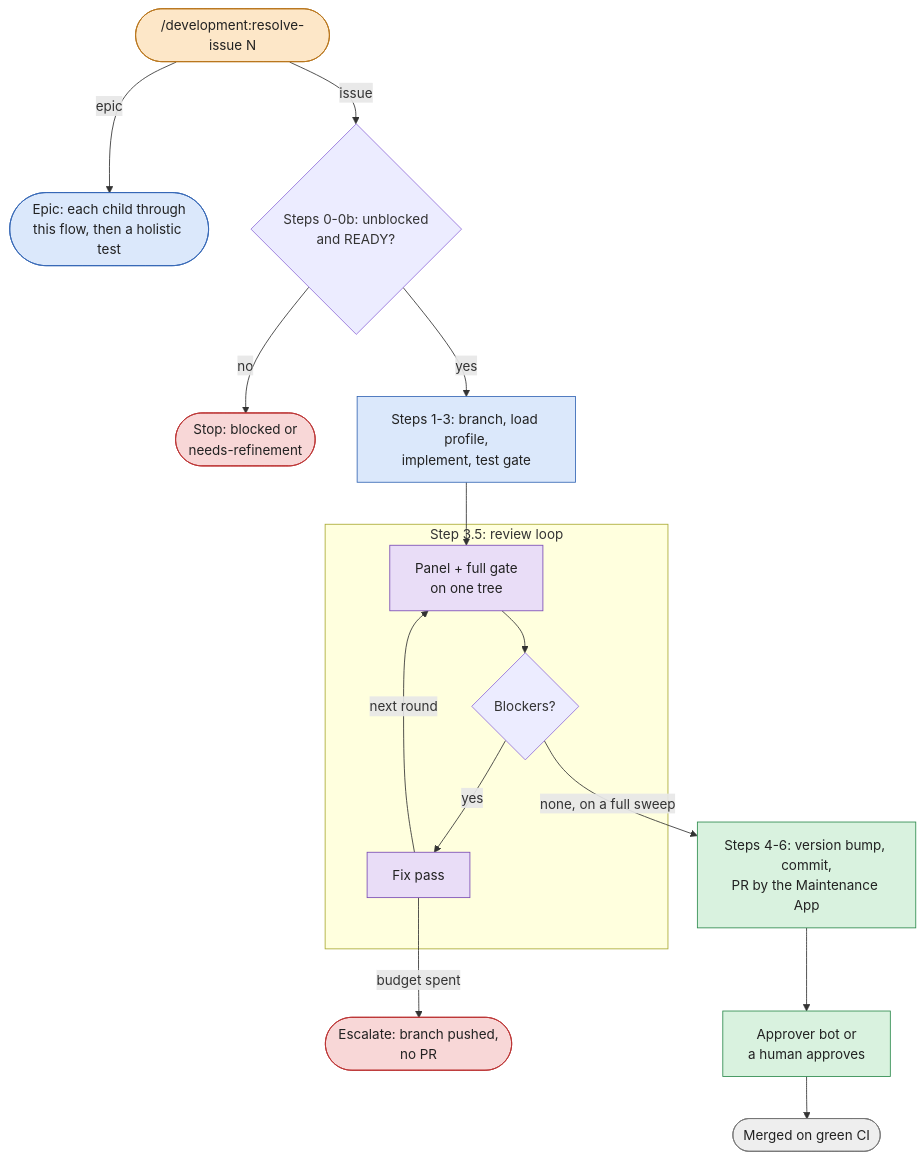
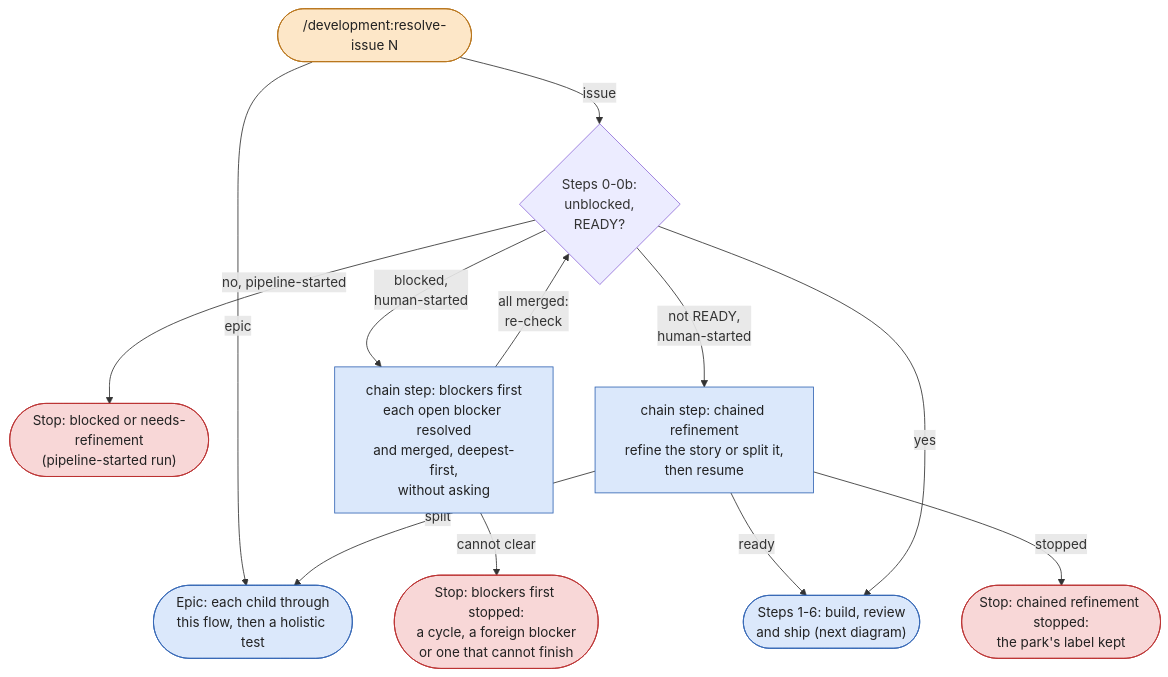
One commit to timo-jakob/timos-claude-code-plugins changed the diagram in docs/explanation/diagrams/resolve-issue.mmd. Above: the diagram before and after it, drawn with Mermaid. The commit also changed 5 other files, not shown here.

First line of the commit message:
docs(resolve-issue): draw the human-started run in the workflow diagrams (#3027)

```diff
--- a/docs/explanation/diagrams/resolve-issue.mmd
+++ b/docs/explanation/diagrams/resolve-issue.mmd
@@ -1,33 +1,29 @@
 flowchart TD
     classDef human fill:#fde7c8,stroke:#b8741a,color:#222
     classDef conductor fill:#dbe8fb,stroke:#3567b5,color:#222
     classDef agent fill:#e9ddf7,stroke:#7a4cb5,color:#222
     classDef bot fill:#d9f2df,stroke:#2e8b4e,color:#222
     classDef artifact fill:#eeeeee,stroke:#777,color:#222
     classDef stop fill:#f8d7d7,stroke:#b33,color:#222
 
     START(["/development:resolve-issue N"]):::human
     EPIC(["Epic: each child through<br/>this flow, then a holistic test"]):::conductor
-    GATES{"Steps 0-0b: unblocked<br/>and READY?"}
-    STOP(["Stop: blocked or<br/>needs-refinement"]):::stop
-    BUILD["Steps 1-3: branch, load profile,<br/>implement, test gate"]:::conductor
-
-    subgraph LOOP["Step 3.5: review loop"]
-        PANEL["Panel + full gate<br/>on one tree"]:::agent
-        BLOCK{"Blockers?"}
-        FIX["Fix pass"]:::agent
-    end
-
-    ESC(["Escalate: branch pushed,<br/>no PR"]):::stop
-    SHIP["Steps 4-6: version bump, commit,<br/>PR by the Maintenance App"]:::bot
-    APPR["Approver bot or<br/>a human approves"]:::bot
-    MERGE(["Merged on green CI"]):::artifact
+    GATES{"Steps 0-0b:<br/>unblocked,<br/>READY?"}
+    STOP(["Stop: blocked or needs-refinement<br/>(pipeline-started run)"]):::stop
+    BFIRST["chain step: blockers first<br/>each open blocker resolved<br/>and merged, deepest-first,<br/>without asking"]:::conductor
+    BSTOP(["Stop: blockers first stopped:<br/>a cycle, a foreign blocker<br/>or one that cannot finish"]):::stop
+    REFINE["chain step: chained refinement<br/>refine the story or split it,<br/>then resume"]:::conductor
+    RSTOP(["Stop: chained refinement stopped:<br/>the park's label kept"]):::stop
+    BUILD(["Steps 1-6: build, review<br/>and ship (next diagram)"]):::conductor
 
     START -- epic --> EPIC
     START -- issue --> GATES
-    GATES -- no --> STOP
-    GATES -- yes --> BUILD --> PANEL --> BLOCK
-    BLOCK -- yes --> FIX -- "next round" --> PANEL
-    BLOCK -- "none, on a full sweep" --> SHIP
-    FIX -- "budget spent" --> ESC
-    SHIP --> APPR --> MERGE
+    GATES -- "no, pipeline-started" --> STOP
+    GATES -- "blocked,<br/>human-started" --> BFIRST
+    BFIRST -- "all merged:<br/>re-check" --> GATES
+    BFIRST -- "cannot clear" --> BSTOP
+    GATES -- "not READY,<br/>human-started" --> REFINE
+    REFINE -- split --> EPIC
+    REFINE -- ready --> BUILD
+    REFINE -- stopped --> RSTOP
+    GATES -- yes --> BUILD
```
